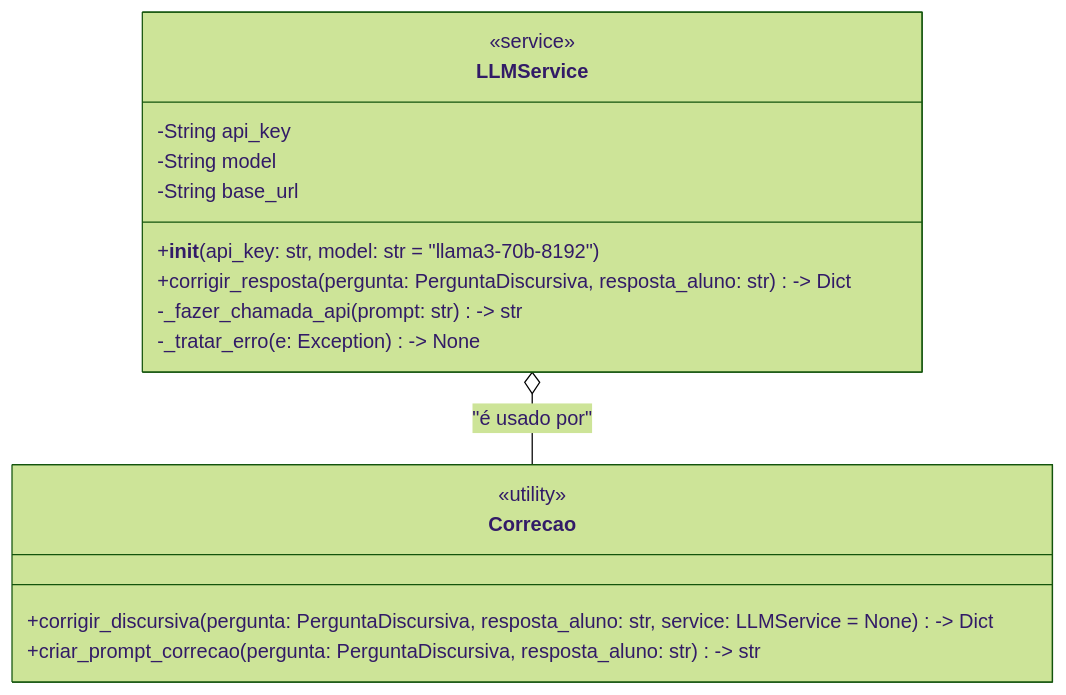
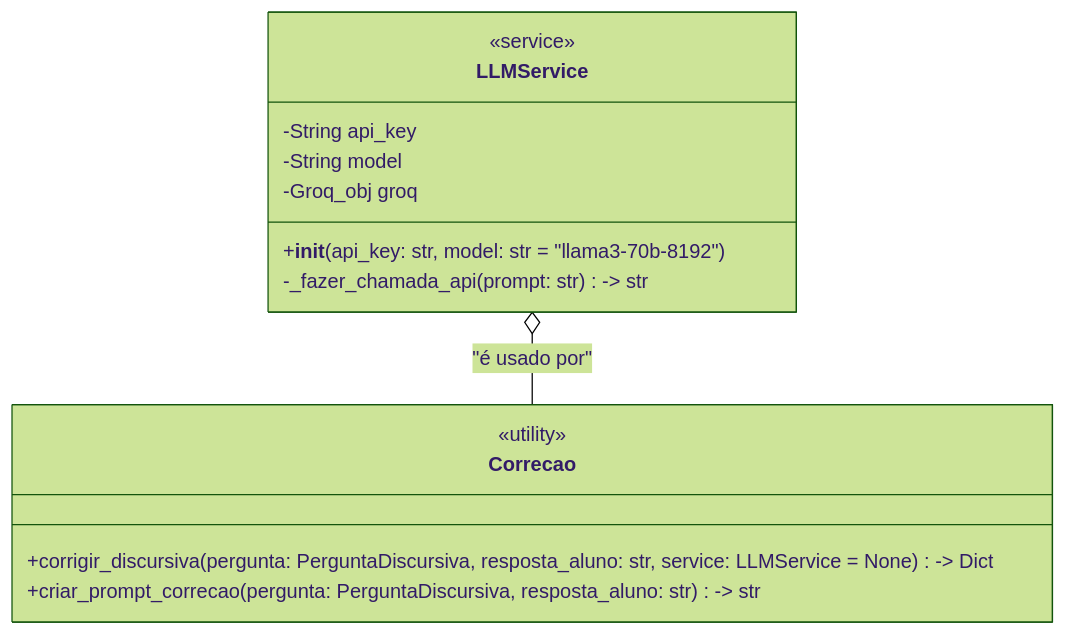
One commit to edsomft/POO changed the second of 2 diagrams in Guia4/README.md. Above: the diagram before and after it, drawn with Mermaid (forest theme). The commit also changed 14 other files, not shown here.

````diff
--- a/Guia4/README.md
+++ b/Guia4/README.md
@@ -88,23 +88,21 @@
 ```mermaid
 classDiagram
     direction TB
     
     class LLMService {
         <<service>>
         -String api_key
         -String model
-        -String base_url
+        -Groq_obj groq
         +__init__(api_key: str, model: str = "llama3-70b-8192")
-        +corrigir_resposta(pergunta: PerguntaDiscursiva, resposta_aluno: str) -> Dict
         -_fazer_chamada_api(prompt: str) -> str
-        -_tratar_erro(e: Exception) -> None
     }
     
     class Correcao {
         <<utility>>
         +corrigir_discursiva(pergunta: PerguntaDiscursiva, resposta_aluno: str, service: LLMService = None) -> Dict
         +criar_prompt_correcao(pergunta: PerguntaDiscursiva, resposta_aluno: str) -> str
     }
     
     LLMService o-- Correcao : "é usado por"
 ```
````
